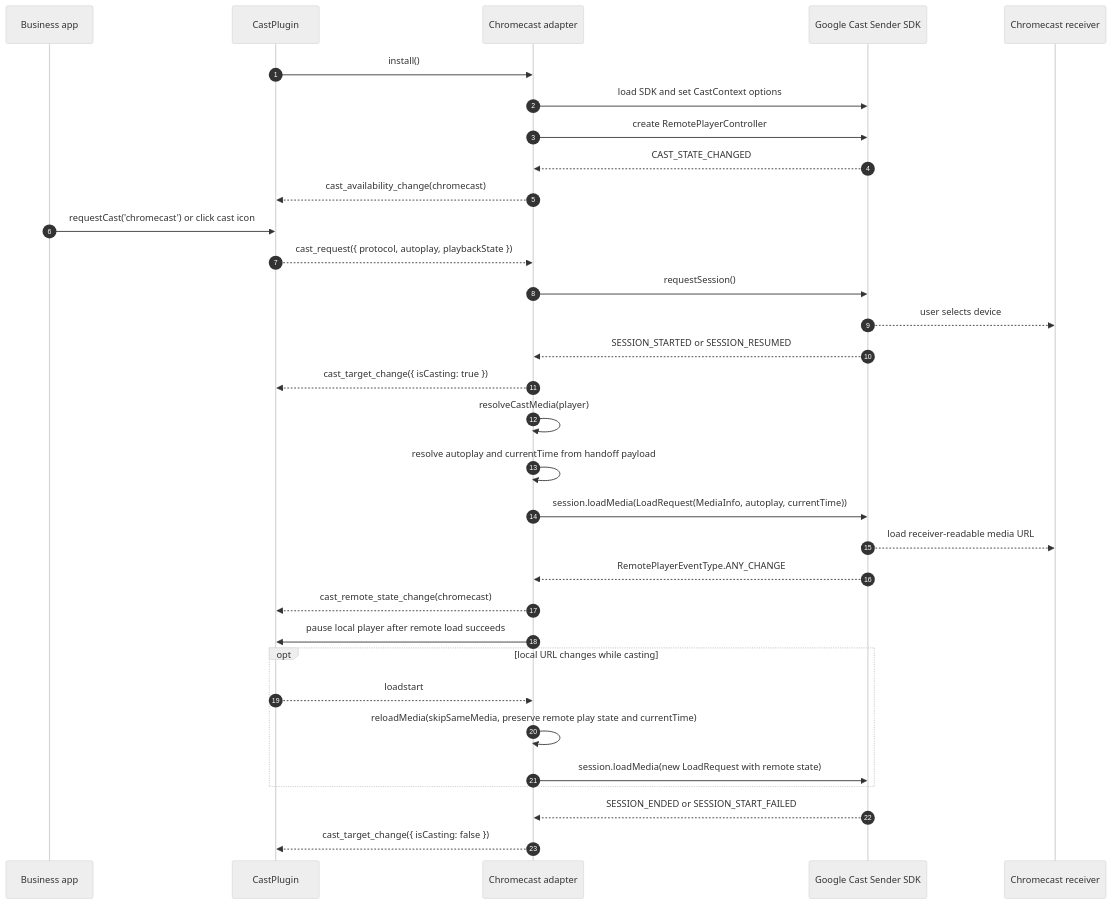
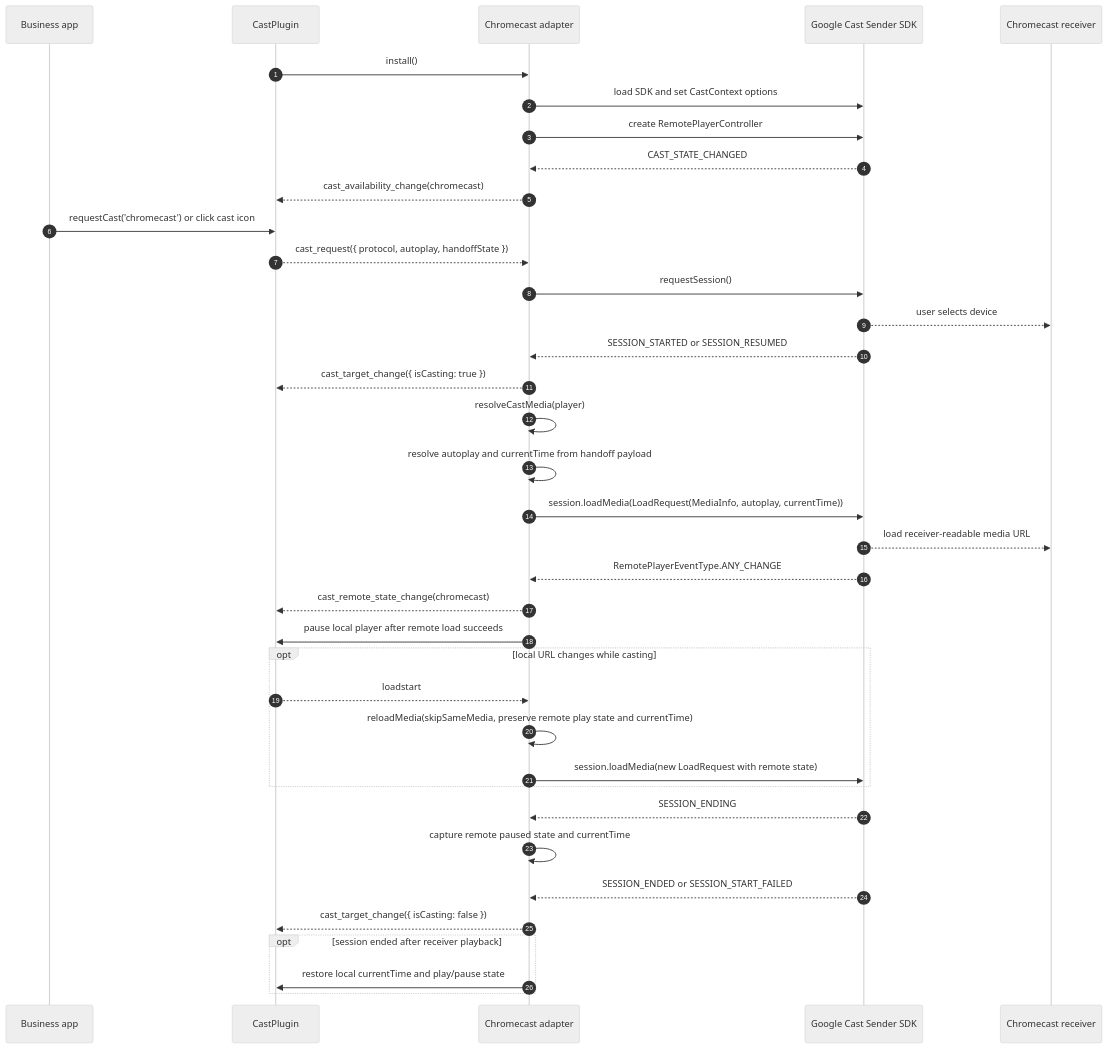
The first of 2 diagrams in packages/xgplayer-cast/README.md (bytedance/xgplayer), drawn with Mermaid (neutral theme) before and after one commit. The commit also changed other lines of this file and 9 other files, not shown here.

Commit message:
fix(cast): restore local state after cast ends

````diff
--- a/packages/xgplayer-cast/README.md
+++ b/packages/xgplayer-cast/README.md
@@ -100,38 +100,43 @@
 ```mermaid
 sequenceDiagram
   autonumber
   participant App as Business app
   participant Plugin as CastPlugin
   participant Chromecast as Chromecast adapter
   participant CAF as Google Cast Sender SDK
   participant Receiver as Chromecast receiver
 
   Plugin->>Chromecast: install()
   Chromecast->>CAF: load SDK and set CastContext options
   Chromecast->>CAF: create RemotePlayerController
   CAF-->>Chromecast: CAST_STATE_CHANGED
   Chromecast-->>Plugin: cast_availability_change(chromecast)
 
   App->>Plugin: requestCast('chromecast') or click cast icon
-  Plugin-->>Chromecast: cast_request({ protocol, autoplay, playbackState })
+  Plugin-->>Chromecast: cast_request({ protocol, autoplay, handoffState })
   Chromecast->>CAF: requestSession()
   CAF-->>Receiver: user selects device
   CAF-->>Chromecast: SESSION_STARTED or SESSION_RESUMED
   Chromecast-->>Plugin: cast_target_change({ isCasting: true })
   Chromecast->>Chromecast: resolveCastMedia(player)
   Chromecast->>Chromecast: resolve autoplay and currentTime from handoff payload
   Chromecast->>CAF: session.loadMedia(LoadRequest(MediaInfo, autoplay, currentTime))
   CAF-->>Receiver: load receiver-readable media URL
   CAF-->>Chromecast: RemotePlayerEventType.ANY_CHANGE
   Chromecast-->>Plugin: cast_remote_state_change(chromecast)
   Chromecast->>Plugin: pause local player after remote load succeeds
 
   opt local URL changes while casting
     Plugin-->>Chromecast: loadstart
     Chromecast->>Chromecast: reloadMedia(skipSameMedia, preserve remote play state and currentTime)
     Chromecast->>CAF: session.loadMedia(new LoadRequest with remote state)
   end
 
+  CAF-->>Chromecast: SESSION_ENDING
+  Chromecast->>Chromecast: capture remote paused state and currentTime
   CAF-->>Chromecast: SESSION_ENDED or SESSION_START_FAILED
   Chromecast-->>Plugin: cast_target_change({ isCasting: false })
+  opt session ended after receiver playback
+    Chromecast->>Plugin: restore local currentTime and play/pause state
+  end
 ```
````
